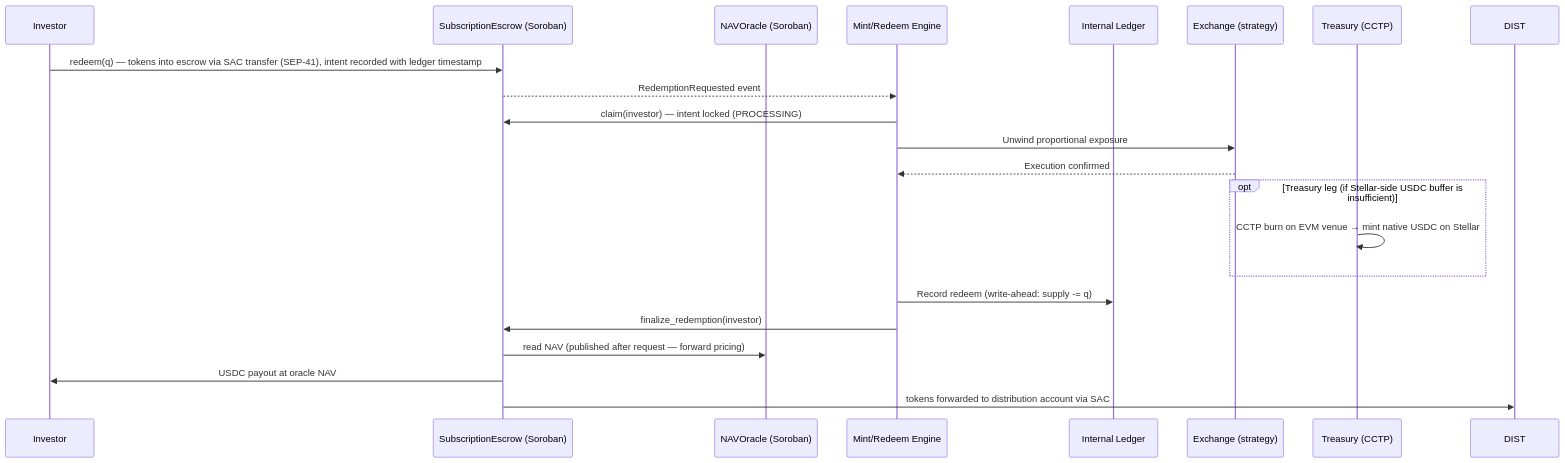
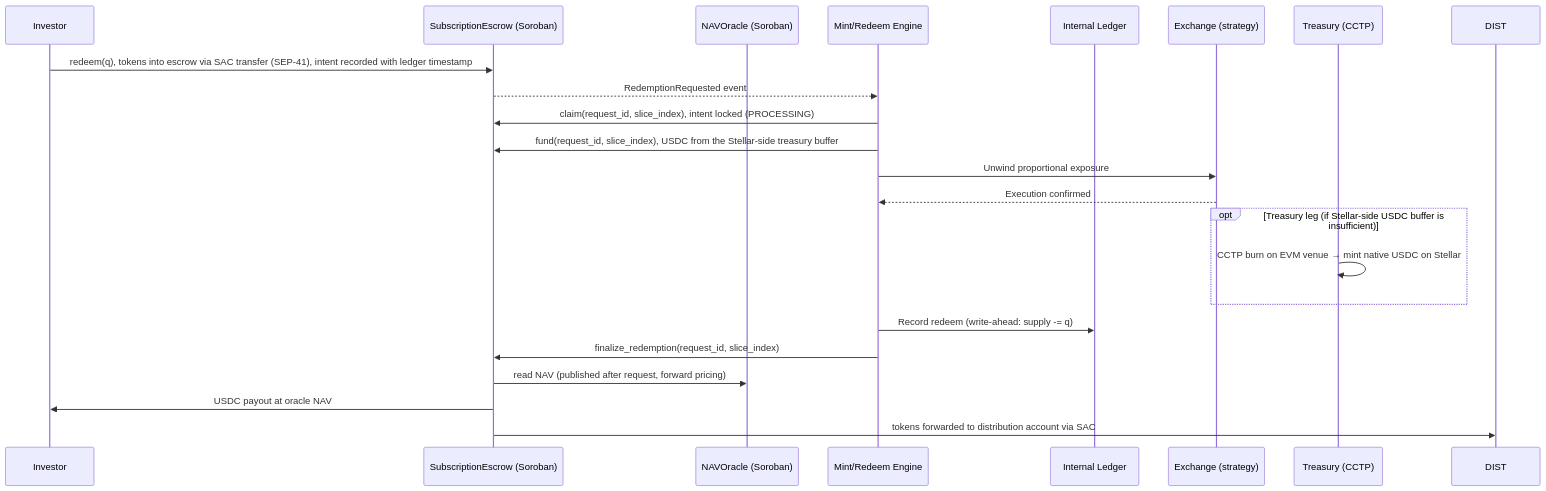
Before and after one commit to trakx/stellar-strategy-rails: the fifth of 5 diagrams in docs/ARCHITECTURE.md, drawn with Mermaid. The commit also changed other lines of this file, not shown here.

First line of the commit message:
Extend the architecture to cross-chain investor entry and EVM-wallet accounts

````diff
--- a/docs/ARCHITECTURE.md
+++ b/docs/ARCHITECTURE.md
@@ -182,24 +232,25 @@
 ```mermaid
 sequenceDiagram
     participant I as Investor
     participant ESC as SubscriptionEscrow (Soroban)
     participant ORC as NAVOracle (Soroban)
     participant M as Mint/Redeem Engine
     participant L as Internal Ledger
     participant E as Exchange (strategy)
     participant T as Treasury (CCTP)
 
-    I->>ESC: redeem(q) — tokens into escrow via SAC transfer (SEP-41), intent recorded with ledger timestamp
+    I->>ESC: redeem(q), tokens into escrow via SAC transfer (SEP-41), intent recorded with ledger timestamp
     ESC-->>M: RedemptionRequested event
-    M->>ESC: claim(investor) — intent locked (PROCESSING)
+    M->>ESC: claim(request_id, slice_index), intent locked (PROCESSING)
+    M->>ESC: fund(request_id, slice_index), USDC from the Stellar-side treasury buffer
     M->>E: Unwind proportional exposure
     E-->>M: Execution confirmed
     opt Treasury leg (if Stellar-side USDC buffer is insufficient)
         T->>T: CCTP burn on EVM venue → mint native USDC on Stellar
     end
     M->>L: Record redeem (write-ahead: supply -= q)
-    M->>ESC: finalize_redemption(investor)
-    ESC->>ORC: read NAV (published after request — forward pricing)
+    M->>ESC: finalize_redemption(request_id, slice_index)
+    ESC->>ORC: read NAV (published after request, forward pricing)
     ESC->>I: USDC payout at oracle NAV
     ESC->>DIST: tokens forwarded to distribution account via SAC
 ```
````
